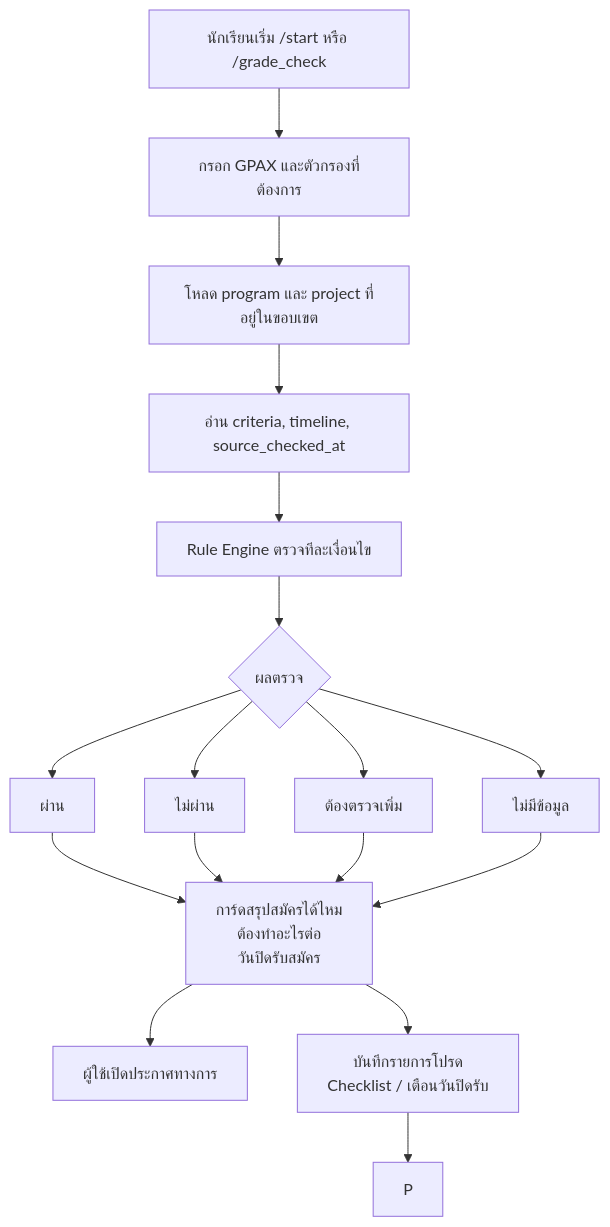
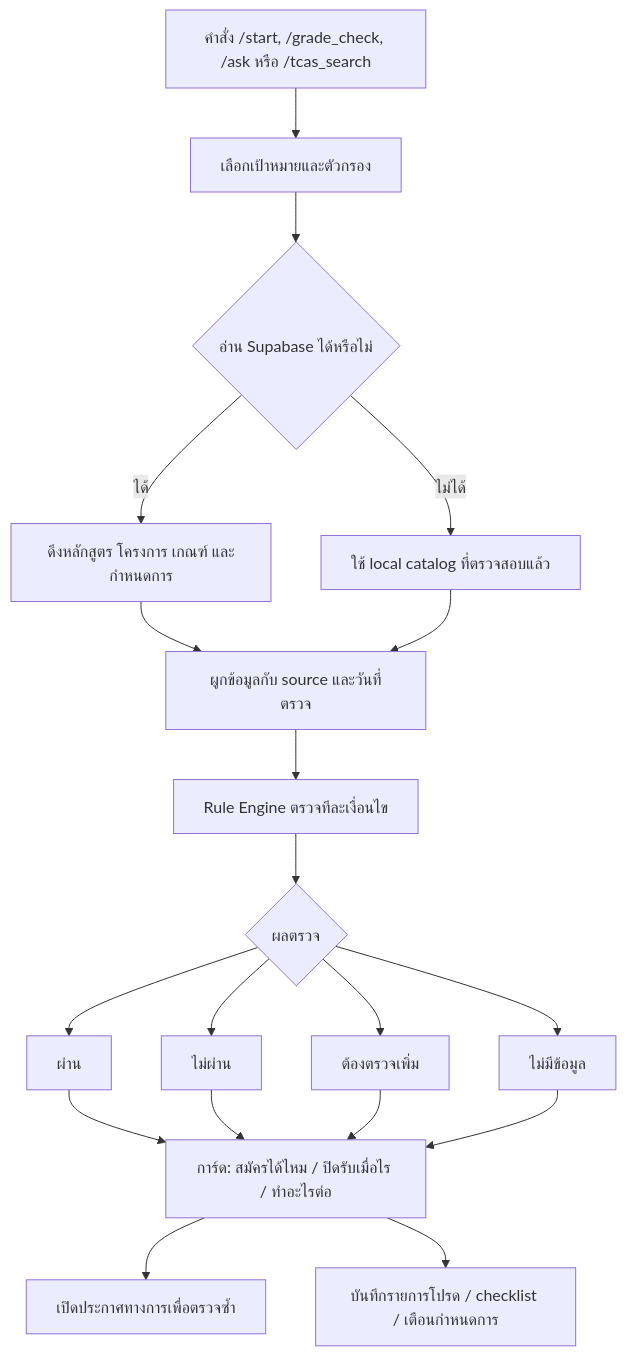
One commit to peerephat54/Bot_1 changed the second of 3 diagrams in docs/ARCHITECTURE.md. Above: the diagram before and after it, drawn with Mermaid. The commit also changed other lines of this file and 19 other files, not shown here.

````diff
--- a/docs/ARCHITECTURE.md
+++ b/docs/ARCHITECTURE.md
@@ -47,30 +44,21 @@
 ```mermaid
 flowchart TD
-    A[นักเรียนเริ่ม /start หรือ /grade_check]
-    B[กรอก GPAX และตัวกรองที่ต้องการ]
-    C[โหลด program และ project ที่อยู่ในขอบเขต]
-    D[อ่าน criteria, timeline, source_checked_at]
-    E[Rule Engine ตรวจทีละเงื่อนไข]
-    F{ผลตรวจ}
-    G[ผ่าน]
-    H[ไม่ผ่าน]
-    I[ต้องตรวจเพิ่ม]
-    J[ไม่มีข้อมูล]
-    K[การ์ดสรุปสมัครได้ไหม\nต้องทำอะไรต่อ\nวันปิดรับสมัคร]
-    L[ผู้ใช้เปิดประกาศทางการ]
-    M[บันทึกรายการโปรด
-    Checklist / เตือนวันปิดรับ]
-
-    A --> B --> C --> D --> E --> F
-    F --> G
-    F --> H
-    F --> I
-    F --> J
-    G --> K
-    H --> K
-    I --> K
-    J --> K
-    K --> L
-    K --> M
-    M --> P
+    Start["คำสั่ง /start, /grade_check, /ask หรือ /tcas_search"] --> Intent[เลือกเป้าหมายและตัวกรอง]
+    Intent --> Read{อ่าน Supabase ได้หรือไม่}
+    Read -->|ได้| Remote[ดึงหลักสูตร โครงการ เกณฑ์ และกำหนดการ]
+    Read -->|ไม่ได้| Fallback[ใช้ local catalog ที่ตรวจสอบแล้ว]
+    Remote --> Context[ผูกข้อมูลกับ source และวันที่ตรวจ]
+    Fallback --> Context
+    Context --> Engine[Rule Engine ตรวจทีละเงื่อนไข]
+    Engine --> Result{ผลตรวจ}
+    Result --> Pass[ผ่าน]
+    Result --> Fail[ไม่ผ่าน]
+    Result --> Review[ต้องตรวจเพิ่ม]
+    Result --> Missing[ไม่มีข้อมูล]
+    Pass --> Card[การ์ด: สมัครได้ไหม / ปิดรับเมื่อไร / ทำอะไรต่อ]
+    Fail --> Card
+    Review --> Card
+    Missing --> Card
+    Card --> Official[เปิดประกาศทางการเพื่อตรวจซ้ำ]
+    Card --> UserAction[บันทึกรายการโปรด / checklist / เตือนกำหนดการ]
 ```
````
